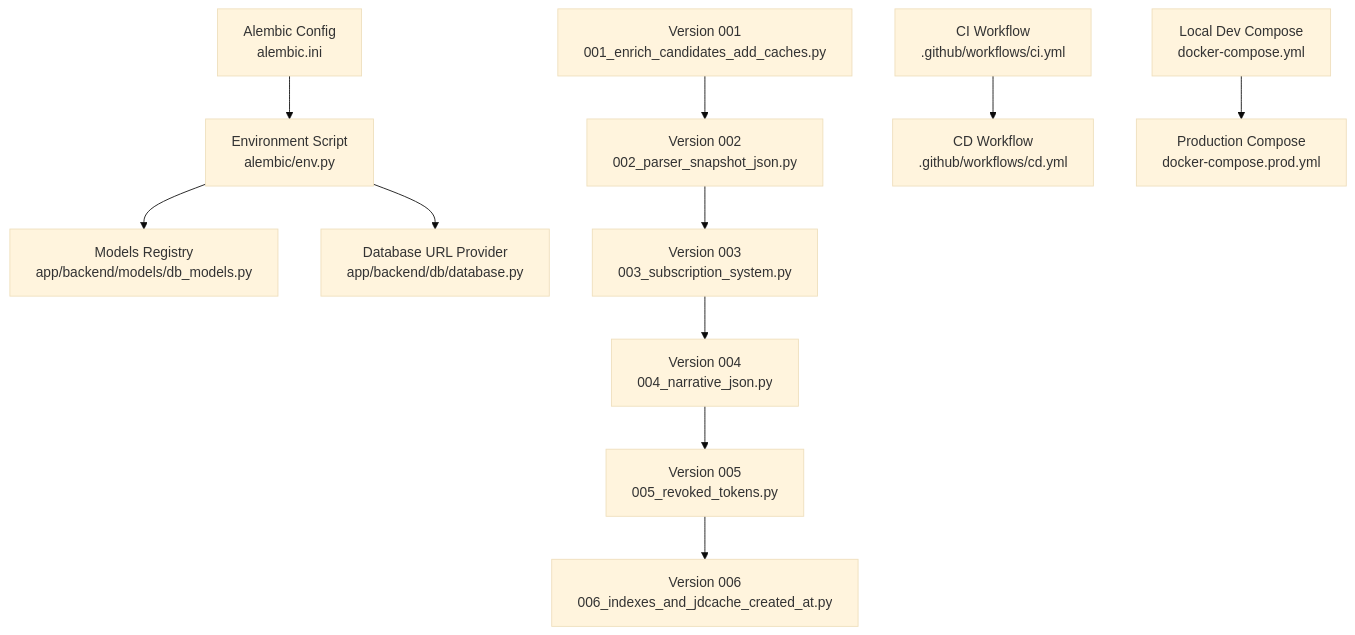
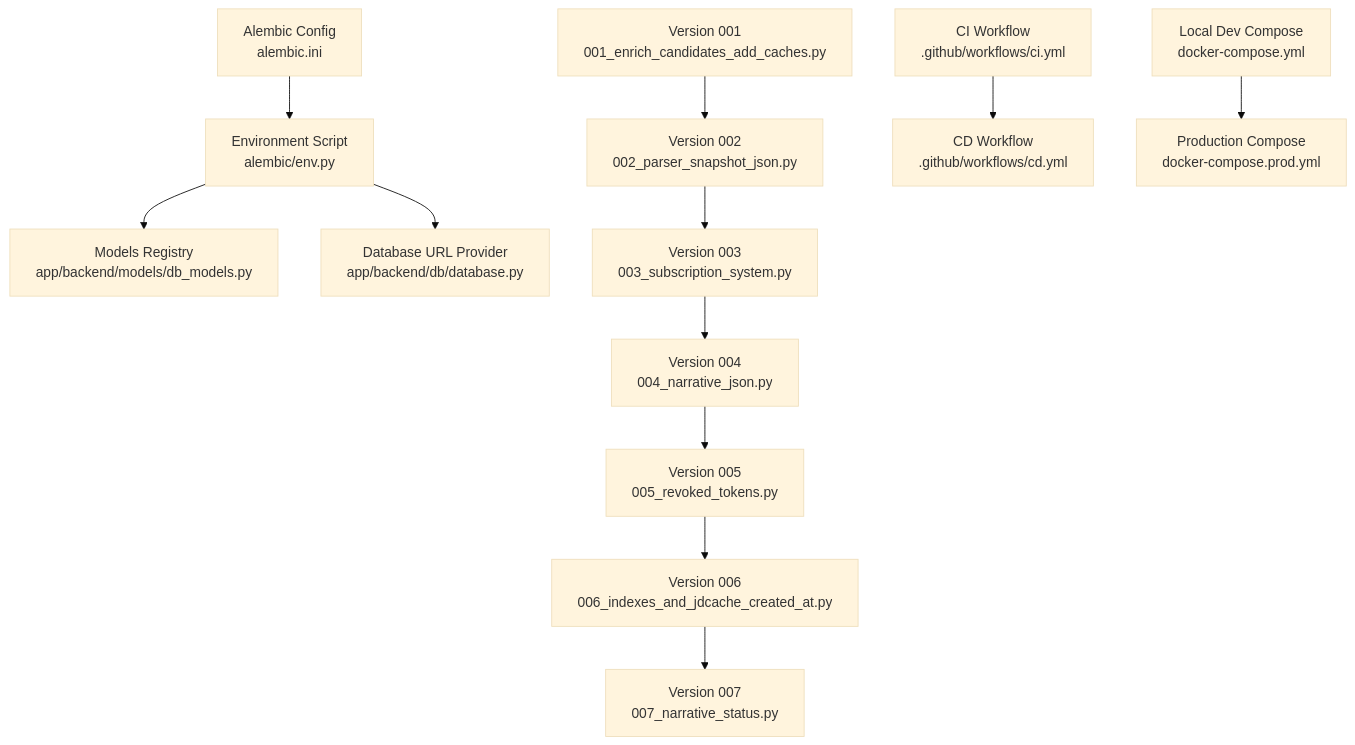
One commit to Revanththetalogics/aireume changed the first of 10 diagrams in .qoder/repowiki/en/content/Database Design/Migration Management.md. Above: the diagram before and after it, drawn with Mermaid (base theme). The commit also changed other lines of this file and 15 other files, not shown here.

````diff
--- a/.qoder/repowiki/en/content/Database Design/Migration Management.md
+++ b/.qoder/repowiki/en/content/Database Design/Migration Management.md
@@ -48,13 +50,14 @@
 ```mermaid
 graph TB
 A["Alembic Config<br/>alembic.ini"] --> B["Environment Script<br/>alembic/env.py"]
 B --> C["Models Registry<br/>app/backend/models/db_models.py"]
 B --> D["Database URL Provider<br/>app/backend/db/database.py"]
 E["Version 001<br/>001_enrich_candidates_add_caches.py"] --> F["Version 002<br/>002_parser_snapshot_json.py"]
 F --> G["Version 003<br/>003_subscription_system.py"]
 G --> H["Version 004<br/>004_narrative_json.py"]
 H --> I["Version 005<br/>005_revoked_tokens.py"]
 I --> J["Version 006<br/>006_indexes_and_jdcache_created_at.py"]
-K["CI Workflow<br/>.github/workflows/ci.yml"] --> L["CD Workflow<br/>.github/workflows/cd.yml"]
-M["Local Dev Compose<br/>docker-compose.yml"] --> N["Production Compose<br/>docker-compose.prod.yml"]
+J --> K["Version 007<br/>007_narrative_status.py"]
+L["CI Workflow<br/>.github/workflows/ci.yml"] --> M["CD Workflow<br/>.github/workflows/cd.yml"]
+N["Local Dev Compose<br/>docker-compose.yml"] --> O["Production Compose<br/>docker-compose.prod.yml"]
 ```
````
